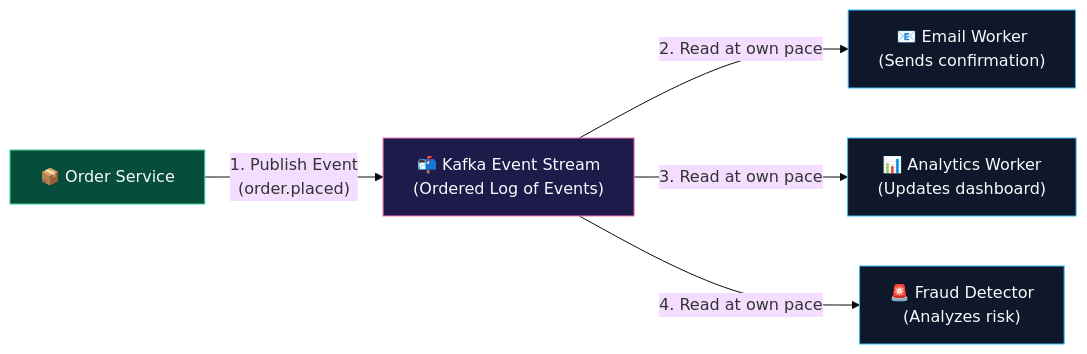
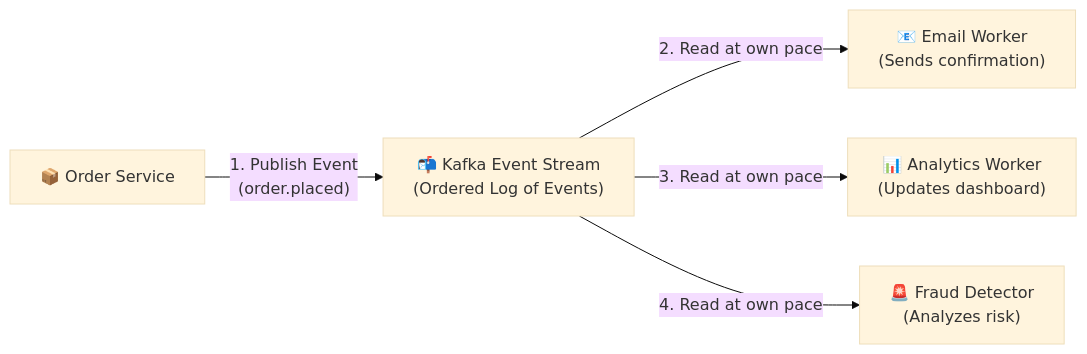
Diagram 19 of 50 in topics/0.FUNDAMENTALS/API Architecture and Design/output/Note_version-1_API_Architecture_and_Design/API_Architecture_and_Design.md (AkmKawser/System-Design), drawn with Mermaid (base theme) before and after one commit. The commit also changed other lines of this file and 6 other files, not shown here.

Commit message:
fix(diagrams): remove dark fills and rects to ensure full visibility on GitHub light theme

````diff
--- a/topics/0.FUNDAMENTALS/API Architecture and Design/output/Note_version-1_API_Architecture_and_Design/API_Architecture_and_Design.md
+++ b/topics/0.FUNDAMENTALS/API Architecture and Design/output/Note_version-1_API_Architecture_and_Design/API_Architecture_and_Design.md
@@ -845,15 +753,7 @@
 ```mermaid
 flowchart LR
     OrderSvc["📦 Order Service"] -->|"1. Publish Event\n(order.placed)"| Kafka["📬 Kafka Event Stream\n(Ordered Log of Events)"]
     Kafka -->|"2. Read at own pace"| EmailWorker["📧 Email Worker\n(Sends confirmation)"]
     Kafka -->|"3. Read at own pace"| AnalyticsWorker["📊 Analytics Worker\n(Updates dashboard)"]
     Kafka -->|"4. Read at own pace"| FraudWorker["🚨 Fraud Detector\n(Analyzes risk)"]
-
-    classDef pub fill:#064e3b,stroke:#34d399,stroke-width:1px,color:#f8fafc;
-    classDef broker fill:#1e1b4b,stroke:#f472b6,stroke-width:1px,color:#f8fafc;
-    classDef sub fill:#0f172a,stroke:#38bdf8,stroke-width:1px,color:#f8fafc;
-
-    class OrderSvc pub;
-    class Kafka broker;
-    class EmailWorker,AnalyticsWorker,FraudWorker sub;
 ```
````
